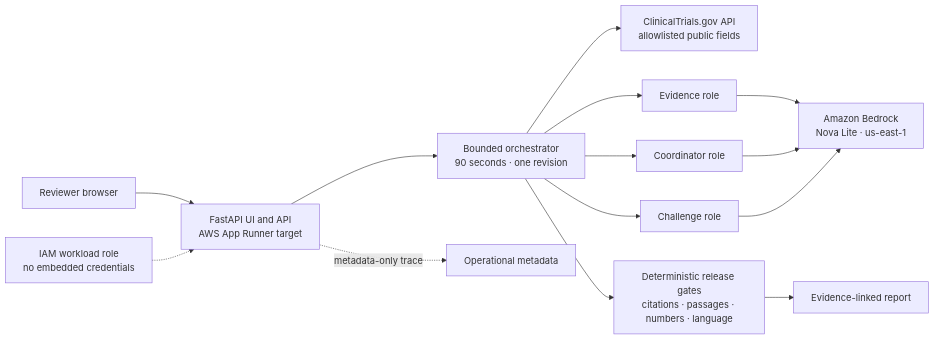
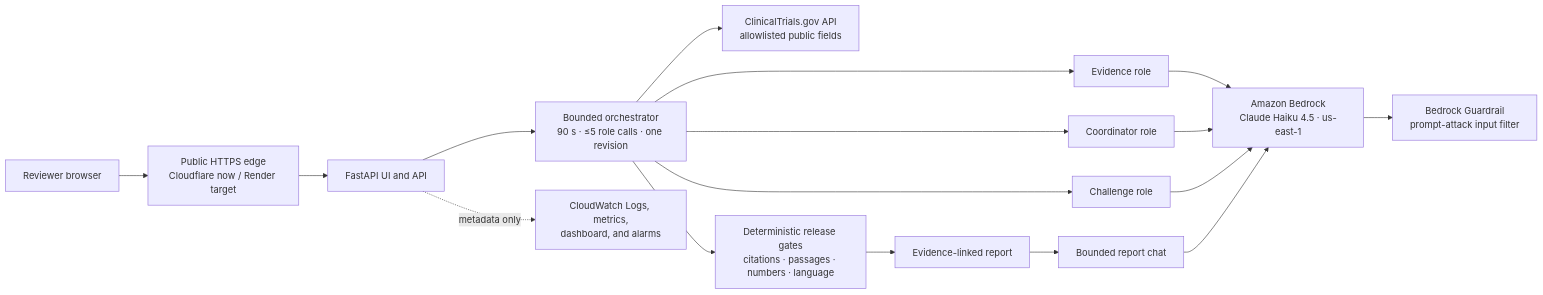
The diagram in summary.md (shubhamkragrawal/TrialGuard), drawn with Mermaid before and after one commit. The commit also changed other lines of this file and 24 other files, not shown here.

Commit message:
Add guarded report chat and public demo observability

````diff
--- a/summary.md
+++ b/summary.md
@@ -125,16 +109,19 @@
 ```mermaid
 flowchart LR
-    U[Reviewer browser] --> A[FastAPI UI and API<br/>AWS App Runner target]
-    A --> O[Bounded orchestrator<br/>90 seconds · one revision]
+    U[Reviewer browser] --> P[Public HTTPS edge<br/>Cloudflare now / Render target]
+    P --> A[FastAPI UI and API]
+    A --> O[Bounded orchestrator<br/>90 s · ≤5 role calls · one revision]
     O --> R[ClinicalTrials.gov API<br/>allowlisted public fields]
     O --> E[Evidence role]
     O --> C[Coordinator role]
     O --> H[Challenge role]
-    E --> B[Amazon Bedrock<br/>Nova Lite · us-east-1]
+    E --> B[Amazon Bedrock<br/>Claude Haiku 4.5 · us-east-1]
     C --> B
     H --> B
+    B --> BG[Bedrock Guardrail<br/>prompt-attack input filter]
     O --> G[Deterministic release gates<br/>citations · passages · numbers · language]
-    G --> P[Evidence-linked report]
-    I[IAM workload role<br/>no embedded credentials] -.-> A
-    A -. metadata-only trace .-> L[Operational metadata]
+    G --> V[Evidence-linked report]
+    V --> Q[Bounded report chat]
+    Q --> B
+    A -. metadata only .-> CW[CloudWatch Logs, metrics,<br/>dashboard, and alarms]
 ```
````
